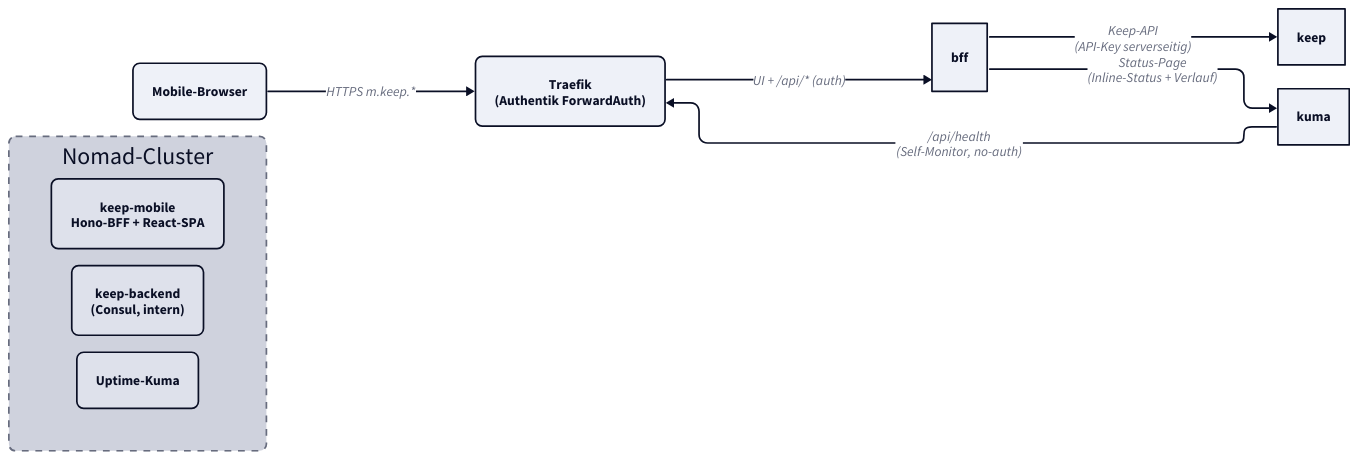
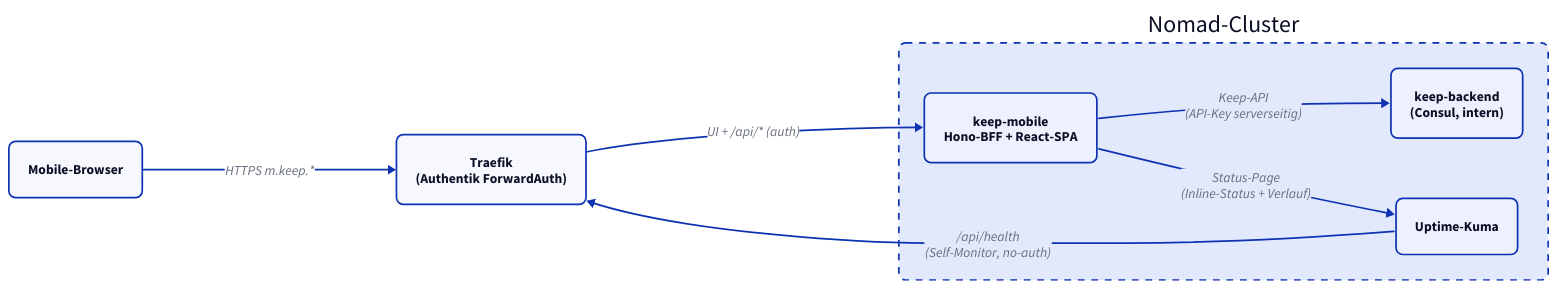
Before and after one commit to derever-labs/homelab-wiki: the diagram in docs/monitoring/keep-mobile.md, drawn with D2. The commit also changed 8 other files, not shown here.

````diff
--- a/docs/monitoring/keep-mobile.md
+++ b/docs/monitoring/keep-mobile.md
@@ -37,31 +37,24 @@
 ```d2
-vars: {
-  d2-config: {
-    theme-id: 1
-    layout-engine: elk
-  }
-}
+direction: right
 
 classes: {
   node: { style: { border-radius: 8 } }
   container: { style: { border-radius: 8; stroke-dash: 4 } }
 }
-
-direction: right
 
 browser: Mobile-Browser { class: node }
 traefik: "Traefik\n(Authentik ForwardAuth)" { class: node }
 
 cluster: Nomad-Cluster {
   class: container
   bff: "keep-mobile\nHono-BFF + React-SPA" { class: node }
   keep: "keep-backend\n(Consul, intern)" { class: node }
   kuma: "Uptime-Kuma" { class: node }
 }
 
 browser -> traefik: "HTTPS m.keep.*"
-traefik -> bff: "UI + /api/* (auth)"
-bff -> keep: "Keep-API\n(API-Key serverseitig)"
-bff -> kuma: "Status-Page\n(Inline-Status + Verlauf)"
-kuma -> traefik: "/api/health\n(Self-Monitor, no-auth)"
+traefik -> cluster.bff: "UI + /api/* (auth)"
+cluster.bff -> cluster.keep: "Keep-API\n(API-Key serverseitig)"
+cluster.bff -> cluster.kuma: "Status-Page\n(Inline-Status + Verlauf)"
+cluster.kuma -> traefik: "/api/health\n(Self-Monitor, no-auth)"
 ```
````
